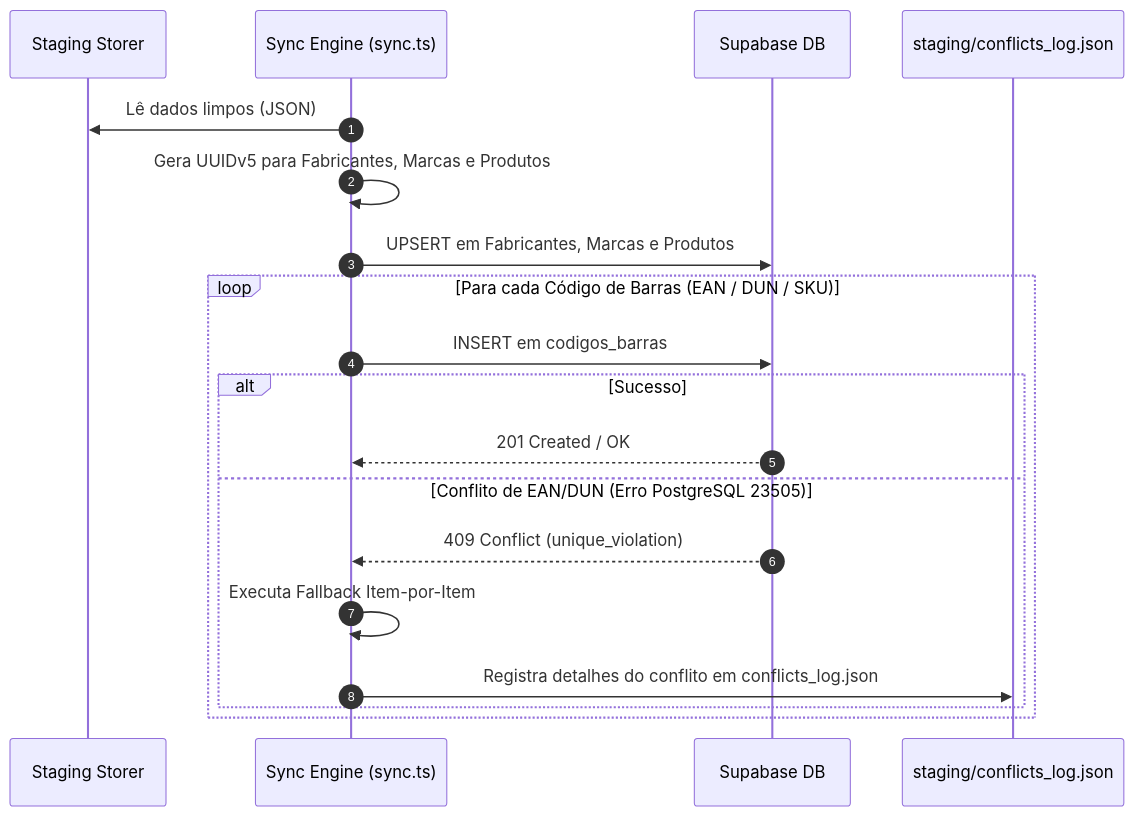
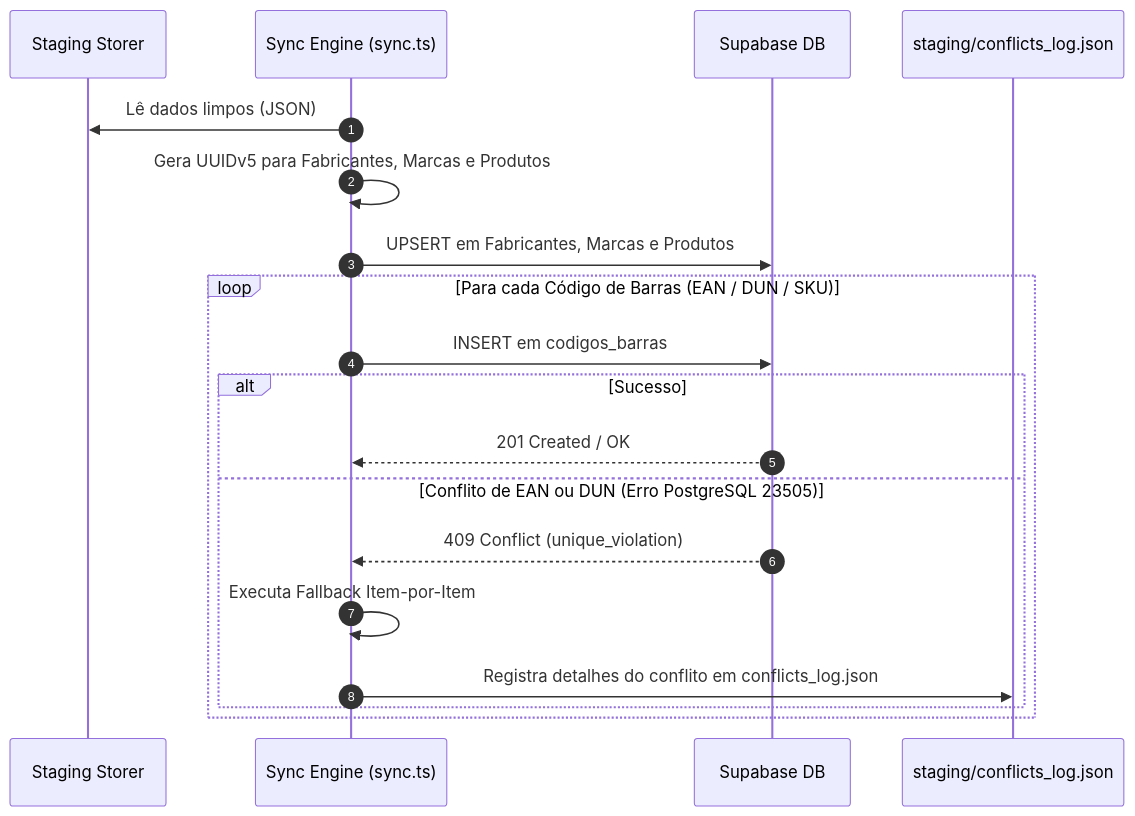
The diagram in docs/supabase.md (NaejBarbosa/paletscan-etl), drawn with Mermaid before and after one commit. The commit also changed 5 other files, not shown here.

Commit message:
fix(docs): corrige sintaxe dos diagramas Mermaid escapando aspas e caracteres especiais

````diff
--- a/docs/supabase.md
+++ b/docs/supabase.md
@@ -11,22 +11,22 @@
 ```mermaid
 sequenceDiagram
     autonumber
     participant Staging as Staging Storer
     participant SyncEngine as Sync Engine (sync.ts)
     participant PostgreSQL as Supabase DB
     participant ConflictLog as staging/conflicts_log.json
 
     SyncEngine->>Staging: Lê dados limpos (JSON)
     SyncEngine->>SyncEngine: Gera UUIDv5 para Fabricantes, Marcas e Produtos
     SyncEngine->>PostgreSQL: UPSERT em Fabricantes, Marcas e Produtos
     loop Para cada Código de Barras (EAN / DUN / SKU)
         SyncEngine->>PostgreSQL: INSERT em codigos_barras
         alt Sucesso
             PostgreSQL-->>SyncEngine: 201 Created / OK
-        else Conflito de EAN/DUN (Erro PostgreSQL 23505)
+        else Conflito de EAN ou DUN (Erro PostgreSQL 23505)
             PostgreSQL-->>SyncEngine: 409 Conflict (unique_violation)
             SyncEngine->>SyncEngine: Executa Fallback Item-por-Item
             SyncEngine->>ConflictLog: Registra detalhes do conflito em conflicts_log.json
         end
     end
 ```
````
